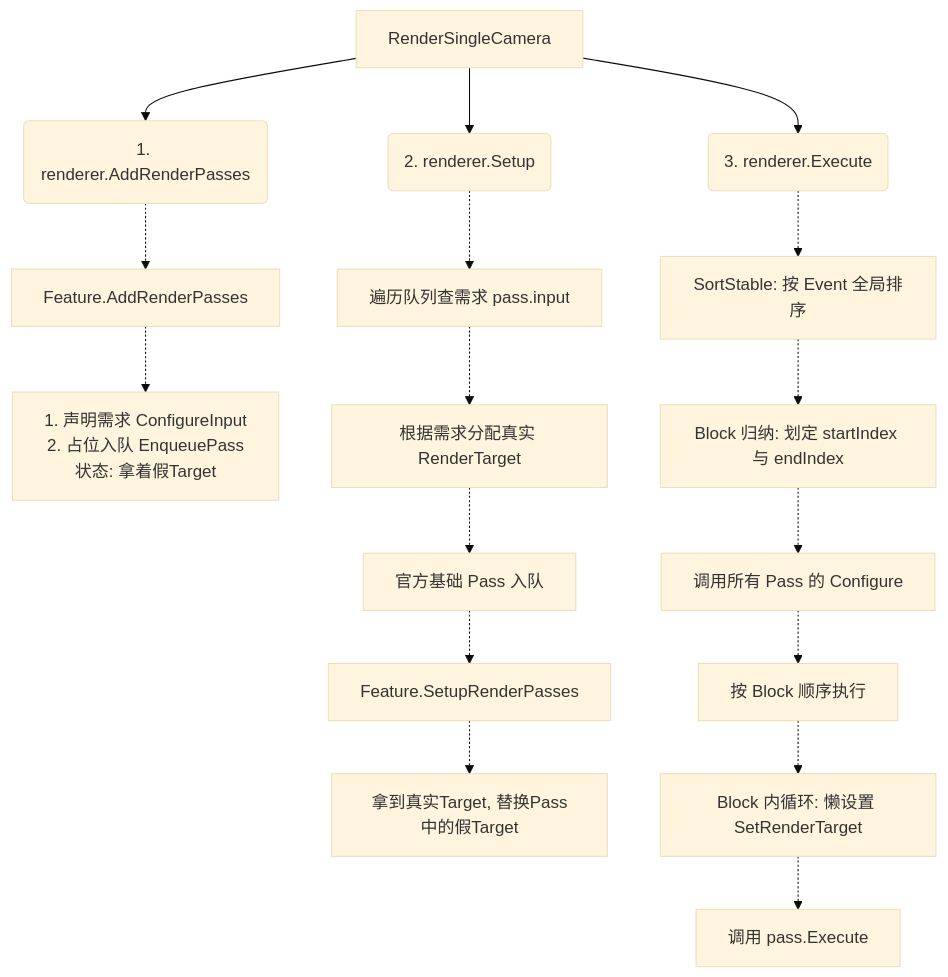
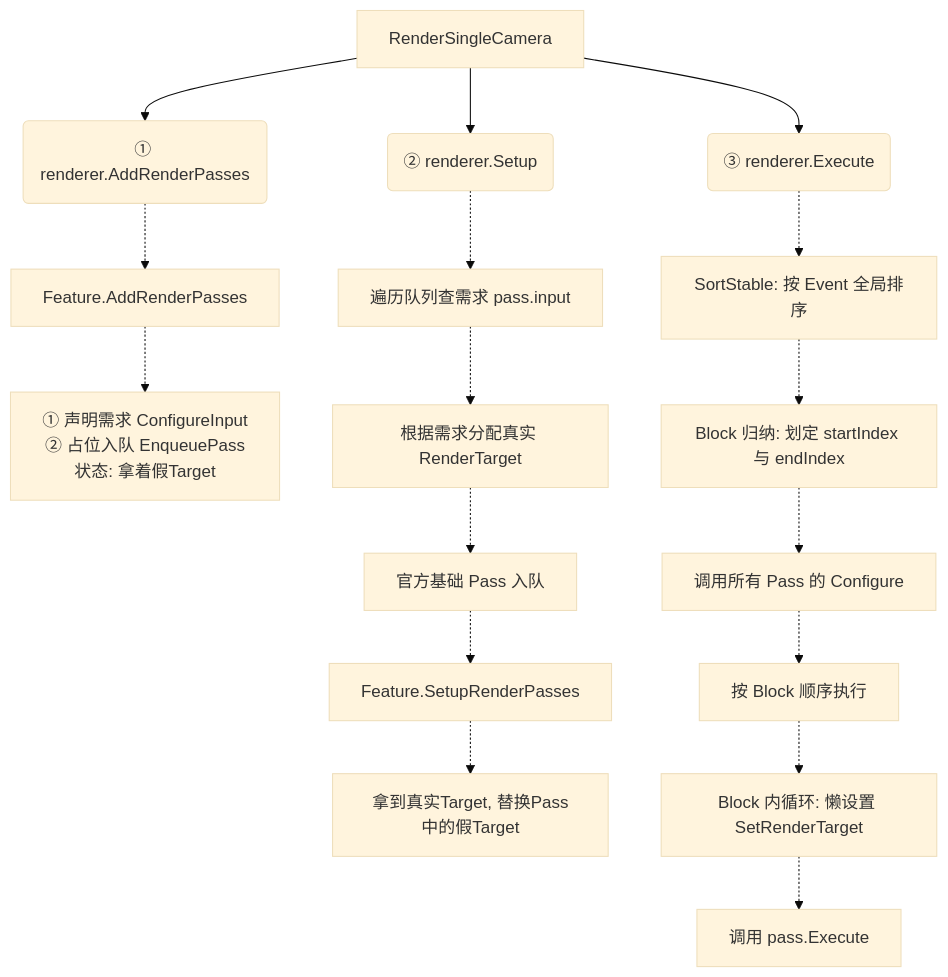
The third of 3 diagrams in content/Tech-Notes/Unity SRP渲染管线的架构概述以及URP对其的拓展.md (MonkeyAss-byte/Blog), drawn with Mermaid (base theme) before and after one commit.

Commit message:
update notes: 2026-08-03 23:39:50

````diff
--- a/content/Tech-Notes/Unity SRP渲染管线的架构概述以及URP对其的拓展.md
+++ b/content/Tech-Notes/Unity SRP渲染管线的架构概述以及URP对其的拓展.md
@@ -211,22 +211,23 @@
 ```mermaid
-graph 
-    A["RenderSingleCamera"] --> B("1. renderer.AddRenderPasses")
-    A --> C("2. renderer.Setup")
-    A --> D("3. renderer.Execute")
+graph TD
+    A[RenderSingleCamera] --> B(① renderer.AddRenderPasses)
+    A --> C(② renderer.Setup)
+    A --> D(③ renderer.Execute)
     
-    B -.-> B1["Feature.AddRenderPasses"]
-    B1 -.-> B2["1. 声明需求 ConfigureInput<br>2. 占位入队 EnqueuePass<br>状态: 拿着假Target"]
+    B -.-> B1[Feature.AddRenderPasses]
+    B1 -.-> B2[① 声明需求 ConfigureInput<br>② 占位入队 EnqueuePass<br>状态: 拿着假Target]
     
-    C -.-> C1["遍历队列查需求 pass.input"]
-    C1 -.-> C2["根据需求分配真实 RenderTarget"]
-    C2 -.-> C3["官方基础 Pass 入队"]
-    C3 -.-> C4["Feature.SetupRenderPasses"]
-    C4 -.-> C5["拿到真实Target, 替换Pass中的假Target"]
+    C -.-> C1[遍历队列查需求 pass.input]
+    C1 -.-> C2[根据需求分配真实 RenderTarget]
+    C2 -.-> C3[官方基础 Pass 入队]
+    C3 -.-> C4[Feature.SetupRenderPasses]
+    C4 -.-> C5[拿到真实Target, 替换Pass中的假Target]
     
-    D -.-> D1["SortStable: 按 Event 全局排序"]
-    D1 -.-> D2["Block 归纳: 划定 startIndex 与 endIndex"]
-    D2 -.-> D3["调用所有 Pass 的 Configure"]
-    D3 -.-> D4["按 Block 顺序执行"]
-    D4 -.-> D5["Block 内循环: 懒设置 SetRenderTarget"]
-    D5 -.-> D6["调用 pass.Execute"]
+    D -.-> D1[SortStable: 按 Event 全局排序]
+    D1 -.-> D2[Block 归纳: 划定 startIndex 与 endIndex]
+    D2 -.-> D3[调用所有 Pass 的 Configure]
+    D3 -.-> D4[按 Block 顺序执行]
+    D4 -.-> D5[Block 内循环: 懒设置 SetRenderTarget]
+    D5 -.-> D6[调用 pass.Execute]
+
 ```
````
